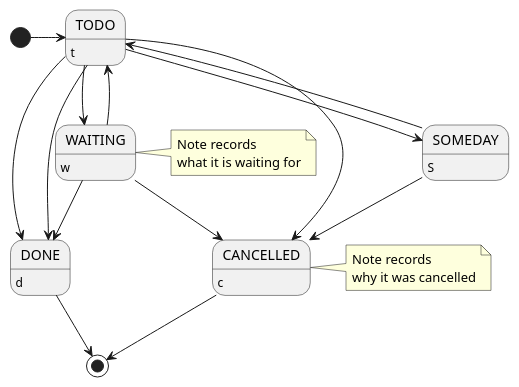
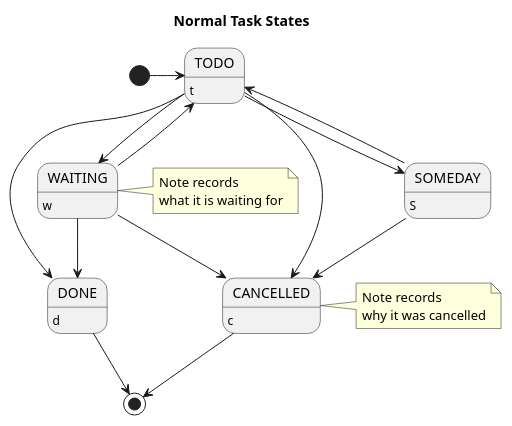
One commit to byronsanchez/org-mode-doc changed the first of 9 diagrams in org-mode.org. Above: the diagram before and after it, drawn with PlantUML. The commit also changed other lines of this file, not shown here.

Commit message:
Fix double arrow from TODO -> DONE and add titles to task state diagrams

```diff
--- a/org-mode.org
+++ b/org-mode.org
@@ -392,29 +392,29 @@
 #+begin_src plantuml :file normal_task_states.png
+title Normal Task States
 [*] -> TODO
 TODO -> DONE
 DONE -> [*]
 TODO --> WAITING
 SOMEDAY --> CANCELLED
 SOMEDAY --> TODO
 WAITING --> TODO
 WAITING --> CANCELLED
-TODO --> DONE
 CANCELLED --> [*]
 TODO --> SOMEDAY
 TODO --> CANCELLED
 '[*] --> PHONE
 'PHONE --> [*]
 '[*] --> OPEN
 'OPEN --> CLOSED
 'CLOSED --> [*]
 TODO: t
 DONE: d
 WAITING:w
 note right of WAITING: Note records\nwhat it is waiting for
 SOMEDAY:S
 note right of CANCELLED: Note records\nwhy it was cancelled
 CANCELLED:c
 'OPEN:O
 'CLOSED:C
 WAITING --> DONE
 #+end_src
```
